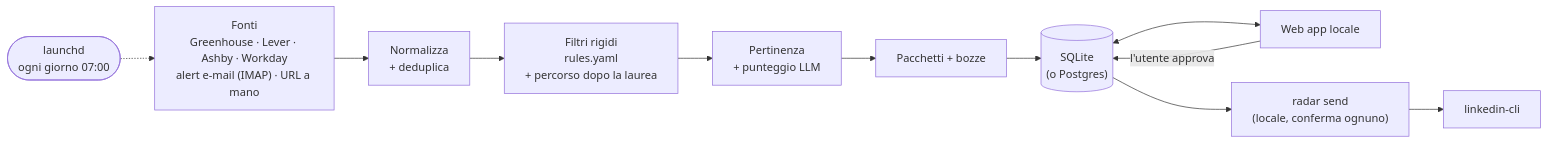
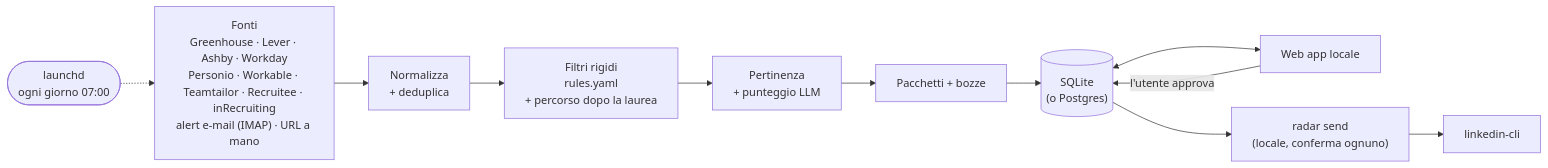
One commit to DanieleGiovanardi2408/speculor changed the diagram in README.it.md. Above: the diagram before and after it, drawn with Mermaid. The commit also changed other lines of this file and 6 other files, not shown here.

````diff
--- a/README.it.md
+++ b/README.it.md
@@ -32,13 +32,13 @@
 ```mermaid
 flowchart LR
     LD(["launchd<br/>ogni giorno 07:00"]) -.-> S
-    S["Fonti<br/>Greenhouse · Lever · Ashby · Workday<br/>alert e-mail (IMAP) · URL a mano"] --> N["Normalizza<br/>+ deduplica"]
+    S["Fonti<br/>Greenhouse · Lever · Ashby · Workday<br/>Personio · Workable · Teamtailor · Recruitee · inRecruiting<br/>alert e-mail (IMAP) · URL a mano"] --> N["Normalizza<br/>+ deduplica"]
     N --> F["Filtri rigidi<br/>rules.yaml<br/>+ percorso dopo la laurea"]
     F --> L["Pertinenza<br/>+ punteggio LLM"]
     L --> P["Pacchetti + bozze"]
     P --> DB[("SQLite<br/>(o Postgres)")]
     DB <--> W["Web app locale"]
     W -->|"l'utente approva"| DB
     DB --> SEND["radar send<br/>(locale, conferma ognuno)"]
     SEND --> LI["linkedin-cli"]
 ```
````
